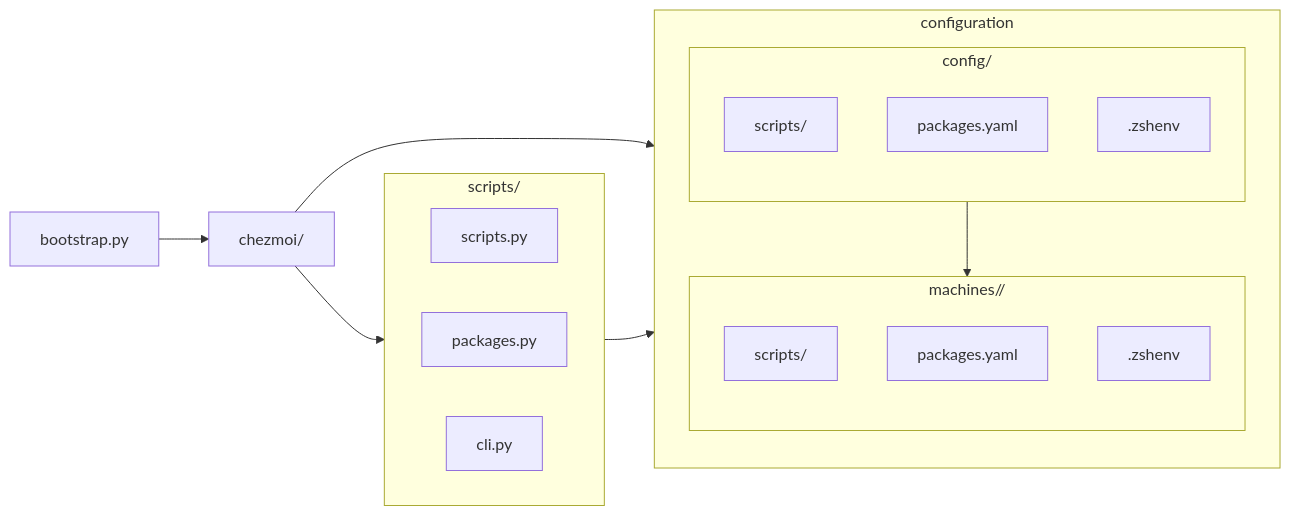
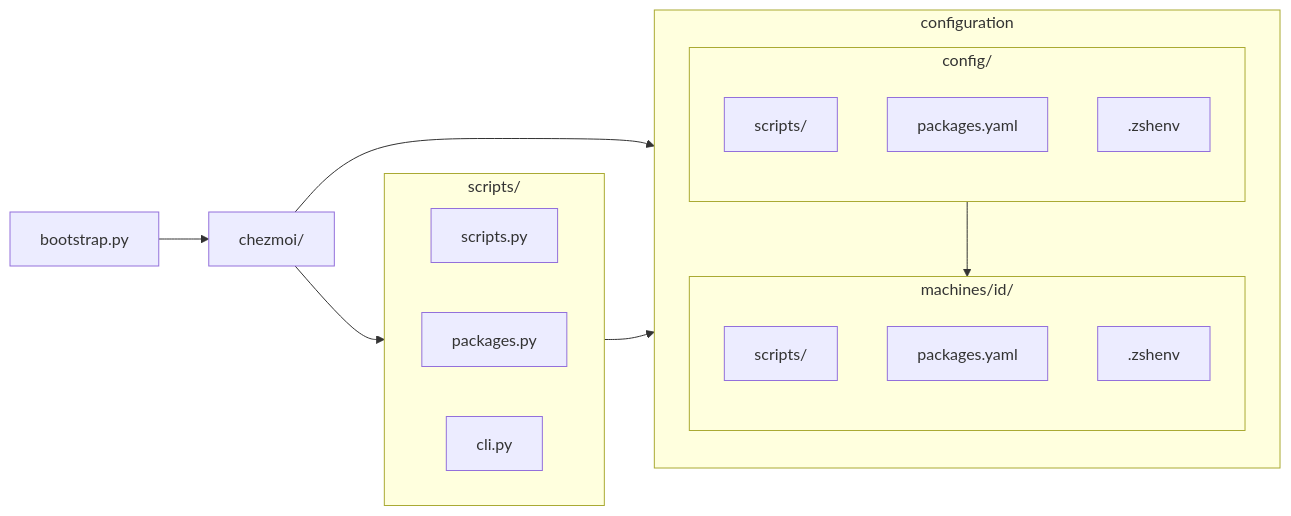
Before and after one commit to mohdfareed/machine: the diagram in README.md, drawn with Mermaid.

Commit message:
Fix `README` diagram

````diff
--- a/README.md
+++ b/README.md
@@ -10,32 +10,32 @@
 ```mermaid
 flowchart LR
     A[bootstrap.py] --> B[chezmoi/] --> C
     B --> config
     C --> config
 
     subgraph C [scripts/]
       direction LR
       O[scripts.py]
       P[packages.py]
       L[cli.py]
     end
 
     subgraph config [configuration]
       direction TB
       D --> E
     end
 
     subgraph D [config/]
       direction TB
       H[scripts/]
       I[packages.yaml]
       J[.zshenv]
     end
 
-    subgraph E [machines/<id>/]
+    subgraph E [machines/id/]
       direction TB
       F[scripts/]
       G[packages.yaml]
       K[.zshenv]
     end
 ```
````
